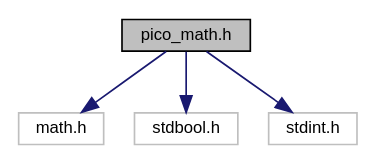
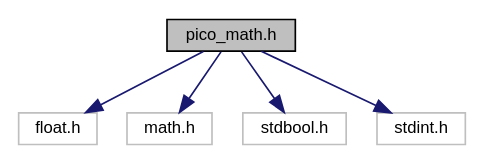
One commit to empyreanx/empyreanx.github.io changed the diagram in docs/ph/pico__math_8h__incl.dot. Above: the diagram before and after it, drawn with Graphviz. The commit also changed 94 other files, not shown here.

```diff
--- a/docs/ph/pico__math_8h__incl.dot
+++ b/docs/ph/pico__math_8h__incl.dot
@@ -1,13 +1,15 @@
 digraph "pico_math.h"
 {
  // LATEX_PDF_SIZE
   edge [fontname="Helvetica",fontsize="10",labelfontname="Helvetica",labelfontsize="10"];
   node [fontname="Helvetica",fontsize="10",shape=record];
   Node1 [label="pico_math.h",height=0.2,width=0.4,color="black", fillcolor="grey75", style="filled", fontcolor="black",tooltip="A 2D math library for games."];
   Node1 -> Node2 [color="midnightblue",fontsize="10",style="solid",fontname="Helvetica"];
-  Node2 [label="math.h",height=0.2,width=0.4,color="grey75", fillcolor="white", style="filled",tooltip=" "];
+  Node2 [label="float.h",height=0.2,width=0.4,color="grey75", fillcolor="white", style="filled",tooltip=" "];
   Node1 -> Node3 [color="midnightblue",fontsize="10",style="solid",fontname="Helvetica"];
-  Node3 [label="stdbool.h",height=0.2,width=0.4,color="grey75", fillcolor="white", style="filled",tooltip=" "];
+  Node3 [label="math.h",height=0.2,width=0.4,color="grey75", fillcolor="white", style="filled",tooltip=" "];
   Node1 -> Node4 [color="midnightblue",fontsize="10",style="solid",fontname="Helvetica"];
-  Node4 [label="stdint.h",height=0.2,width=0.4,color="grey75", fillcolor="white", style="filled",tooltip=" "];
+  Node4 [label="stdbool.h",height=0.2,width=0.4,color="grey75", fillcolor="white", style="filled",tooltip=" "];
+  Node1 -> Node5 [color="midnightblue",fontsize="10",style="solid",fontname="Helvetica"];
+  Node5 [label="stdint.h",height=0.2,width=0.4,color="grey75", fillcolor="white", style="filled",tooltip=" "];
 }
```
